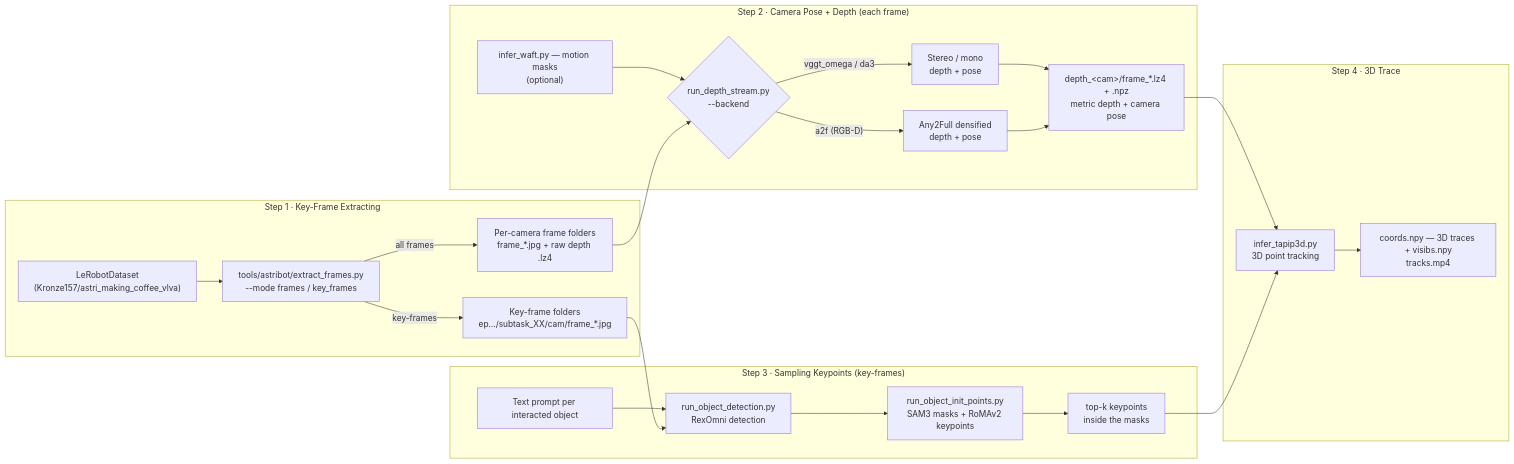
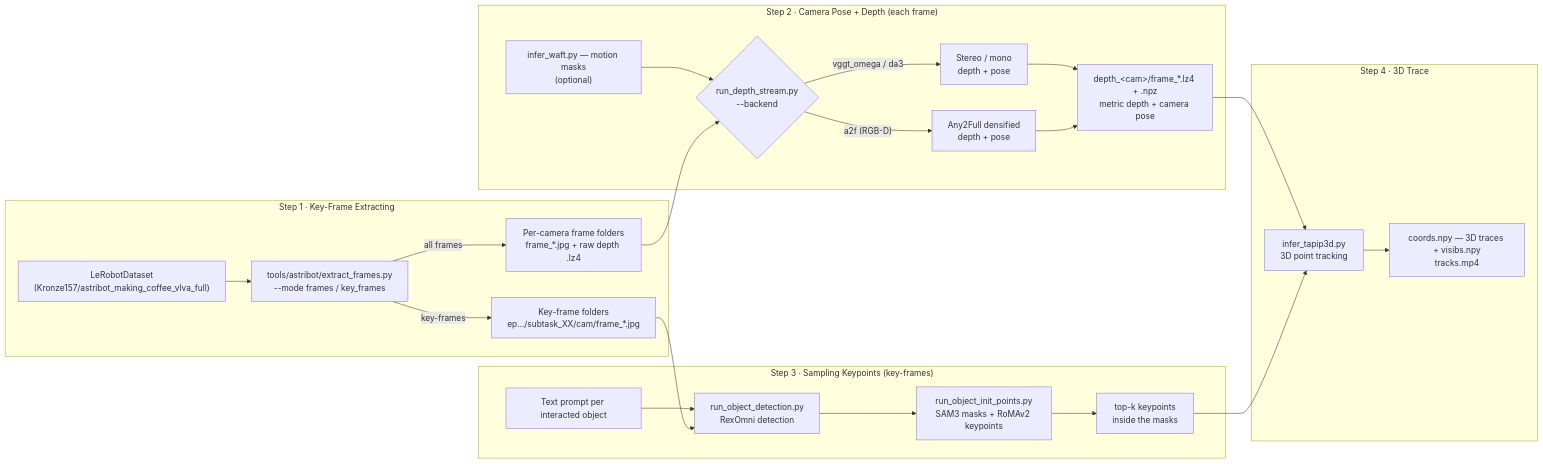
One commit to Chuong98CC/TraceEngine changed the diagram in docs/general_test/general_test.md. Above: the diagram before and after it, drawn with Mermaid. The commit also changed other lines of this file and 31 other files, not shown here.

````diff
--- a/docs/general_test/general_test.md
+++ b/docs/general_test/general_test.md
@@ -31,30 +31,30 @@
 ```mermaid
 flowchart LR
     subgraph Step1["Step 1 · Key-Frame Extracting"]
-        DS["LeRobotDataset<br/>(Kronze157/astri_making_coffee_vlva)"] --> EF["tools/astribot/extract_frames.py<br/>--mode frames / key_frames"]
+        DS["LeRobotDataset<br/>(Kronze157/astribot_making_coffee_vlva_full)"] --> EF["tools/astribot/extract_frames.py<br/>--mode frames / key_frames"]
         EF -->|"all frames"| FR["Per-camera frame folders<br/>frame_*.jpg + raw depth .lz4"]
         EF -->|"key-frames"| KF["Key-frame folders<br/>ep…/subtask_XX/cam/frame_*.jpg"]
     end
 
     subgraph Step2["Step 2 · Camera Pose + Depth (each frame)"]
         WF["infer_waft.py — motion masks<br/>(optional)"] --> RS
         FR --> RS{"run_depth_stream.py<br/>--backend"}
         RS -->|"vggt_omega / da3"| ST["Stereo / mono<br/>depth + pose"]
         RS -->|"a2f (RGB-D)"| A2F["Any2Full densified<br/>depth + pose"]
         ST --> OUT["depth_&lt;cam&gt;/frame_*.lz4 + .npz<br/>metric depth + camera pose"]
         A2F --> OUT
     end
 
     subgraph Step3["Step 3 · Sampling Keypoints (key-frames)"]
         TX["Text prompt per interacted object"] --> RX["run_object_detection.py<br/>RexOmni detection"]
         KF --> RX
         RX --> SM["run_object_init_points.py<br/>SAM3 masks + RoMAv2 keypoints"]
         SM --> TK["top-k keypoints<br/>inside the masks"]
     end
 
     subgraph Step4["Step 4 · 3D Trace"]
         OUT --> TP["infer_tapip3d.py<br/>3D point tracking"]
         TK --> TP
         TP --> TR["coords.npy — 3D traces + visibs.npy<br/>tracks.mp4"]
     end
 ```
````
